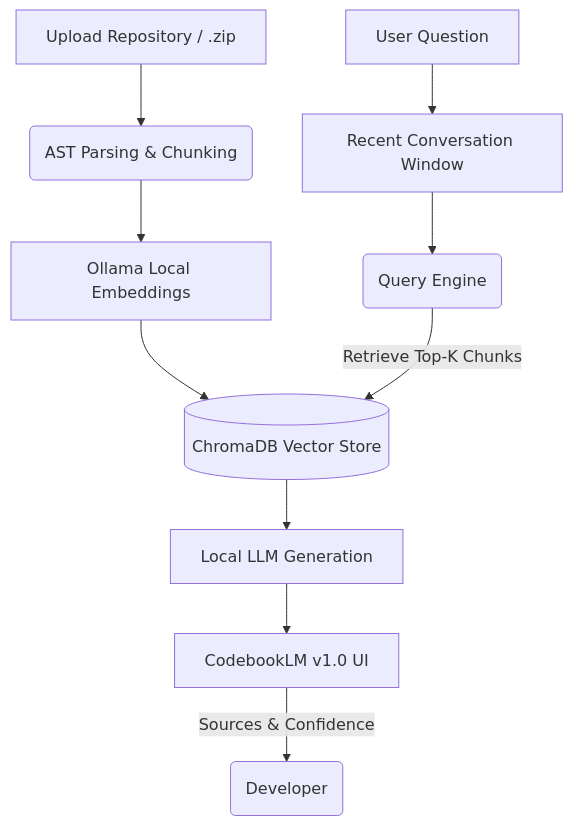
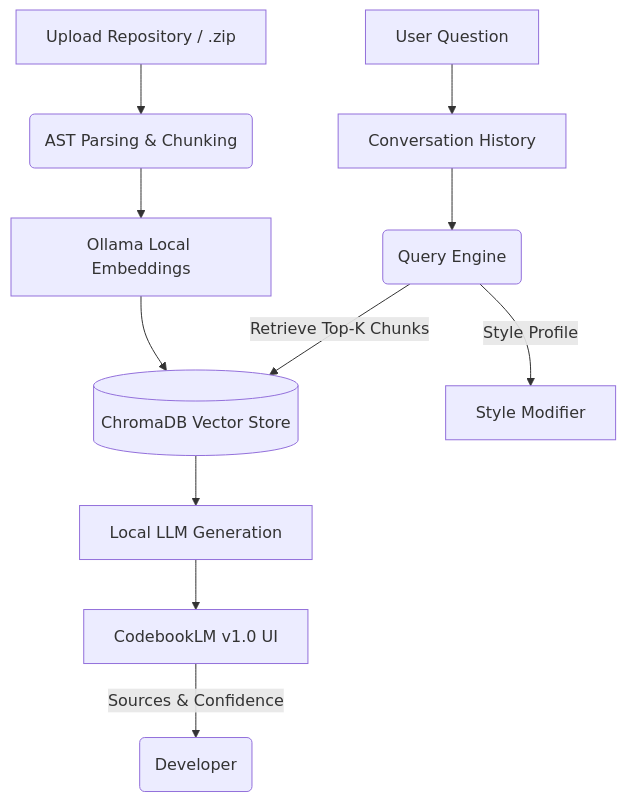
One commit to aayush0778/Codebase-Agent changed the diagram in README.md. Above: the diagram before and after it, drawn with Mermaid. The commit also changed other lines of this file and 1 other file, not shown here.

````diff
--- a/README.md
+++ b/README.md
@@ -36,14 +58,15 @@
 ```mermaid
 graph TD
     A[Upload Repository / .zip] --> B(AST Parsing & Chunking)
     B --> C[Ollama Local Embeddings]
     C --> D[(ChromaDB Vector Store)]
     
-    E[User Question] --> M[Recent Conversation Window]
+    E[User Question] --> M[Conversation History]
     M --> F(Query Engine)
     F --> |Retrieve Top-K Chunks| D
+    F --> |Style Profile| S[Style Modifier]
     
     D --> G[Local LLM Generation]
     G --> H[CodebookLM v1.0 UI]
     H --> |Sources & Confidence| I(Developer)
 ```
````
